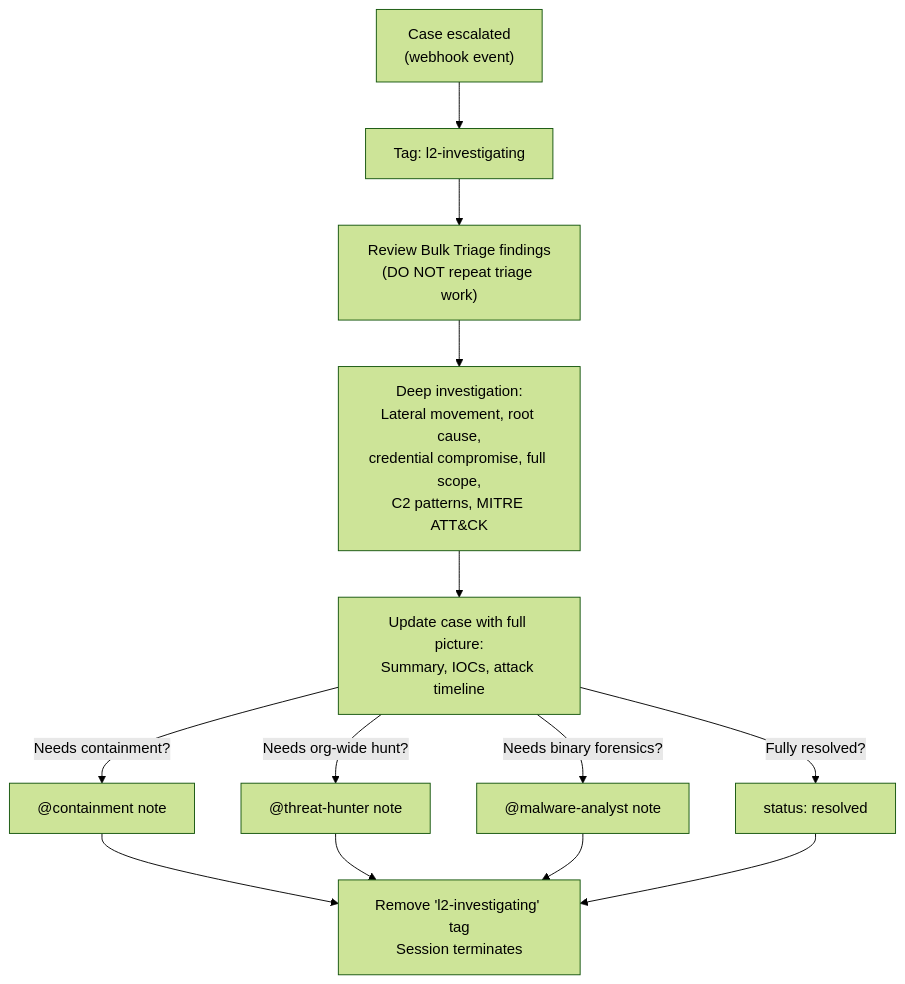
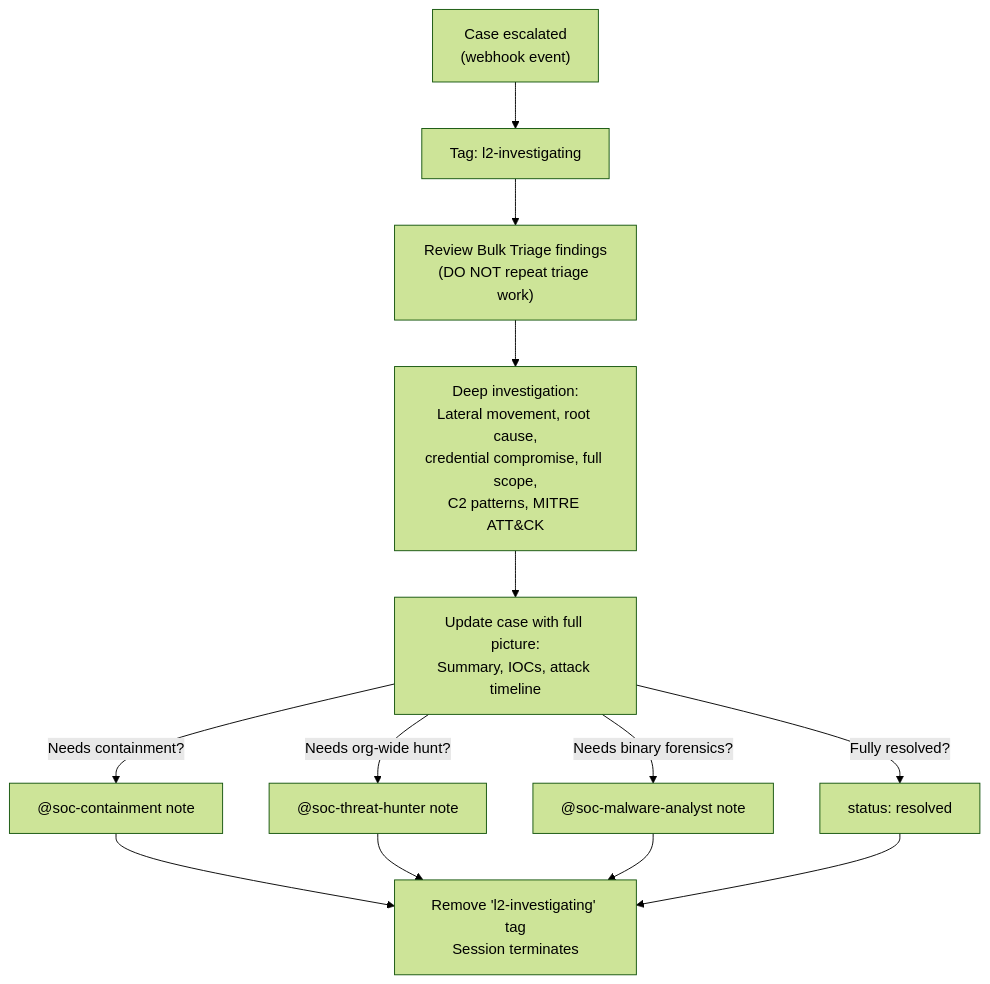
The diagram in lc-soc/baselining-soc/l2-analyst/README.md (refractionPOINT/lc-ai), drawn with Mermaid (forest theme) before and after one commit. The commit also changed other lines of this file and 15 other files, not shown here.

````diff
--- a/lc-soc/baselining-soc/l2-analyst/README.md
+++ b/lc-soc/baselining-soc/l2-analyst/README.md
@@ -7,15 +7,15 @@
 ```mermaid
 flowchart TD
     trigger["Case escalated<br/>(webhook event)"] --> tag["Tag: l2-investigating"]
     tag --> review["Review Bulk Triage findings<br/>(DO NOT repeat triage work)"]
     review --> deep["Deep investigation:<br/>Lateral movement, root cause,<br/>credential compromise, full scope,<br/>C2 patterns, MITRE ATT&CK"]
     deep --> update["Update case with full picture:<br/>Summary, IOCs, attack timeline"]
-    update -->|Needs containment?| contain["@containment note"]
-    update -->|Needs org-wide hunt?| hunt["@threat-hunter note"]
-    update -->|Needs binary forensics?| malware["@malware-analyst note"]
+    update -->|Needs containment?| contain["@soc-containment note"]
+    update -->|Needs org-wide hunt?| hunt["@soc-threat-hunter note"]
+    update -->|Needs binary forensics?| malware["@soc-malware-analyst note"]
     update -->|Fully resolved?| resolved["status: resolved"]
     contain --> cleanup["Remove 'l2-investigating' tag<br/>Session terminates"]
     hunt --> cleanup
     malware --> cleanup
     resolved --> cleanup
 ```
````
